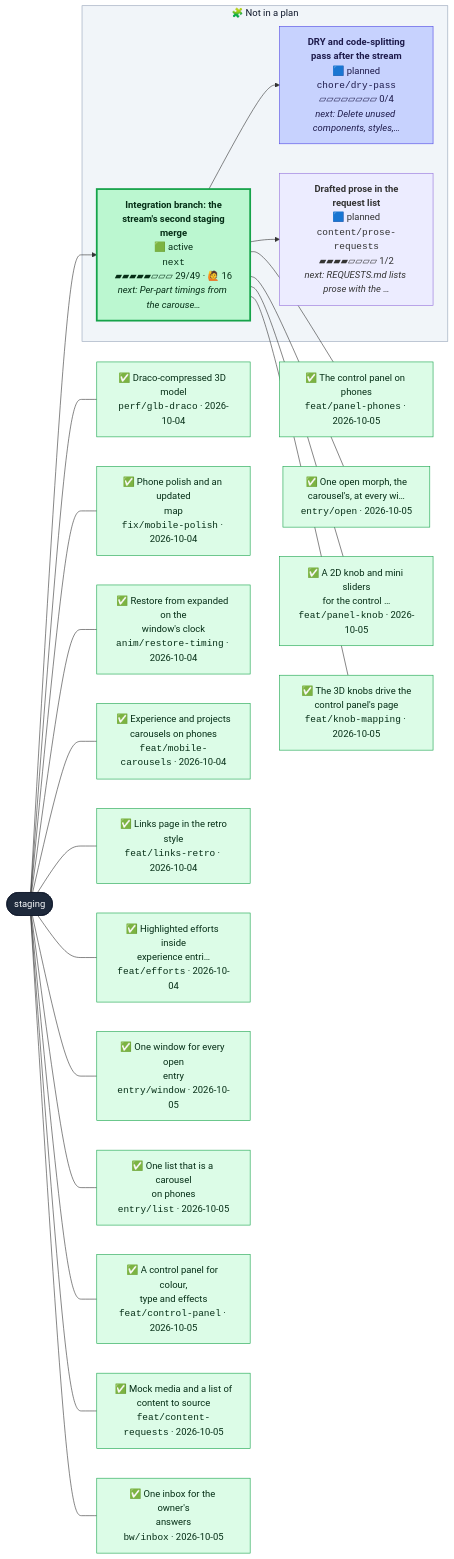
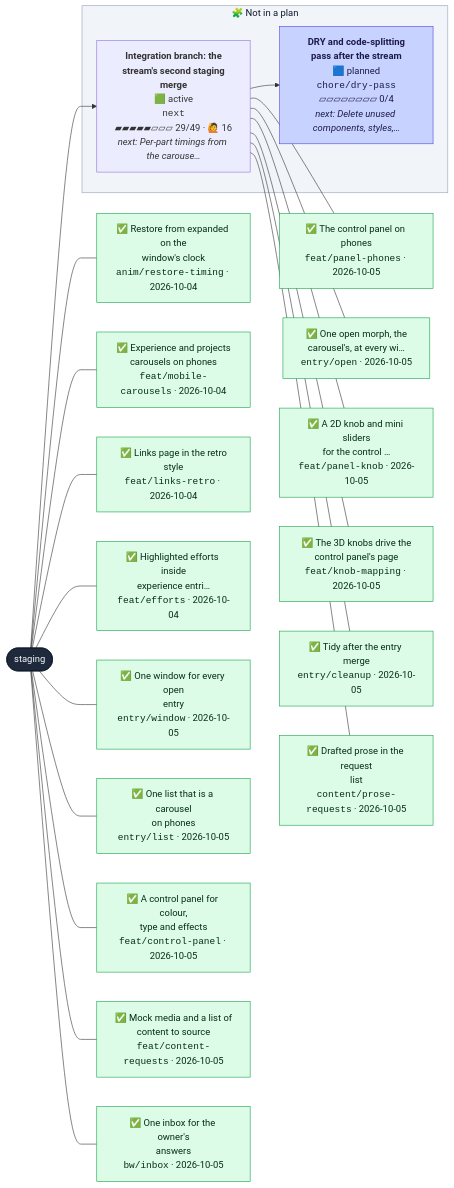
One commit to henryjonescodes/portfolio changed the second of 2 diagrams in CONTRIBUTING.md. Above: the diagram before and after it, drawn with Mermaid. The commit also changed other lines of this file and 2 other files, not shown here.

````diff
--- a/CONTRIBUTING.md
+++ b/CONTRIBUTING.md
@@ -57,71 +54,68 @@
 ```mermaid
 flowchart LR
   n_staging([staging])
   class n_staging trunk
   subgraph loose["🧩 Not in a plan"]
     n_chore_dry_pass["<b>DRY and code-splitting<br/>pass after the stream</b><br/>🟦 planned<br/><code>chore/dry-pass</code><br/>▱▱▱▱▱▱▱▱ 0/4<br/><i>next: Delete unused components, styles,…</i>"]
     class n_chore_dry_pass planned
-    n_content_prose_requests["<b>Drafted prose in the<br/>request list</b><br/>🟦 planned<br/><code>content/prose-requests</code><br/>▰▰▰▰▱▱▱▱ 1/2<br/><i>next: REQUESTS.md lists prose with the …</i>"]
-    class n_content_prose_requests planned,current
     n_next["<b>Integration branch: the<br/>stream's second staging<br/>merge</b><br/>🟩 active<br/><code>next</code><br/>▰▰▰▰▰▱▱▱ 29/49 · 🙋 16<br/><i>next: Per-part timings from the carouse…</i>"]
-    class n_next active
+    class n_next active,current
   end
   style loose fill:#f1f5f9,stroke:#94a3b8,color:#0f172a
   n_next --> n_chore_dry_pass
-  n_next --> n_content_prose_requests
   n_staging --> n_next
-  landed_0["✅ Draco-compressed 3D model<br/><code>perf/glb-draco</code> · 2026-10-04"]
+  landed_0["✅ Restore from expanded on the<br/>window's clock<br/><code>anim/restore-timing</code> · 2026-10-04"]
   class landed_0 merged
   n_staging --- landed_0
-  landed_1["✅ Phone polish and an updated<br/>map<br/><code>fix/mobile-polish</code> · 2026-10-04"]
+  landed_1["✅ Experience and projects<br/>carousels on phones<br/><code>feat/mobile-carousels</code> · 2026-10-04"]
   class landed_1 merged
   n_staging --- landed_1
-  landed_2["✅ Restore from expanded on the<br/>window's clock<br/><code>anim/restore-timing</code> · 2026-10-04"]
+  landed_2["✅ Links page in the retro<br/>style<br/><code>feat/links-retro</code> · 2026-10-04"]
   class landed_2 merged
   n_staging --- landed_2
-  landed_3["✅ Experience and projects<br/>carousels on phones<br/><code>feat/mobile-carousels</code> · 2026-10-04"]
+  landed_3["✅ Highlighted efforts inside<br/>experience entri…<br/><code>feat/efforts</code> · 2026-10-04"]
   class landed_3 merged
   n_staging --- landed_3
-  landed_4["✅ Links page in the retro<br/>style<br/><code>feat/links-retro</code> · 2026-10-04"]
+  landed_4["✅ One window for every open<br/>entry<br/><code>entry/window</code> · 2026-10-05"]
   class landed_4 merged
   n_staging --- landed_4
-  landed_5["✅ Highlighted efforts inside<br/>experience entri…<br/><code>feat/efforts</code> · 2026-10-04"]
+  landed_5["✅ One list that is a carousel<br/>on phones<br/><code>entry/list</code> · 2026-10-05"]
   class landed_5 merged
   n_staging --- landed_5
-  landed_6["✅ One window for every open<br/>entry<br/><code>entry/window</code> · 2026-10-05"]
+  landed_6["✅ A control panel for colour,<br/>type and effects<br/><code>feat/control-panel</code> · 2026-10-05"]
   class landed_6 merged
   n_staging --- landed_6
-  landed_7["✅ One list that is a carousel<br/>on phones<br/><code>entry/list</code> · 2026-10-05"]
+  landed_7["✅ Mock media and a list of<br/>content to source<br/><code>feat/content-requests</code> · 2026-10-05"]
   class landed_7 merged
   n_staging --- landed_7
-  landed_8["✅ A control panel for colour,<br/>type and effects<br/><code>feat/control-panel</code> · 2026-10-05"]
+  landed_8["✅ One inbox for the owner's<br/>answers<br/><code>bw/inbox</code> · 2026-10-05"]
   class landed_8 merged
   n_staging --- landed_8
-  landed_9["✅ Mock media and a list of<br/>content to source<br/><code>feat/content-requests</code> · 2026-10-05"]
+  landed_9["✅ The control panel on phones<br/><code>feat/panel-phones</code> · 2026-10-05"]
   class landed_9 merged
-  n_staging --- landed_9
-  landed_10["✅ One inbox for the owner's<br/>answers<br/><code>bw/inbox</code> · 2026-10-05"]
+  n_next --- landed_9
+  landed_10["✅ One open morph, the<br/>carousel's, at every wi…<br/><code>entry/open</code> · 2026-10-05"]
   class landed_10 merged
-  n_staging --- landed_10
-  landed_11["✅ The control panel on phones<br/><code>feat/panel-phones</code> · 2026-10-05"]
+  n_next --- landed_10
+  landed_11["✅ A 2D knob and mini sliders<br/>for the control …<br/><code>feat/panel-knob</code> · 2026-10-05"]
   class landed_11 merged
   n_next --- landed_11
-  landed_12["✅ One open morph, the<br/>carousel's, at every wi…<br/><code>entry/open</code> · 2026-10-05"]
+  landed_12["✅ The 3D knobs drive the<br/>control panel's page<br/><code>feat/knob-mapping</code> · 2026-10-05"]
   class landed_12 merged
   n_next --- landed_12
-  landed_13["✅ A 2D knob and mini sliders<br/>for the control …<br/><code>feat/panel-knob</code> · 2026-10-05"]
+  landed_13["✅ Tidy after the entry merge<br/><code>entry/cleanup</code> · 2026-10-05"]
   class landed_13 merged
   n_next --- landed_13
-  landed_14["✅ The 3D knobs drive the<br/>control panel's page<br/><code>feat/knob-mapping</code> · 2026-10-05"]
+  landed_14["✅ Drafted prose in the request<br/>list<br/><code>content/prose-requests</code> · 2026-10-05"]
   class landed_14 merged
   n_next --- landed_14
   classDef merged fill:#dcfce7,stroke:#16a34a,color:#052e16
   classDef todo fill:#ffffff,stroke:#94a3b8,stroke-dasharray:2 2,color:#334155
   classDef planned fill:#c7d2fe,stroke:#4f46e5,color:#1e1b4b
   classDef sketched fill:#f8fafc,stroke:#64748b,stroke-dasharray:4 3,color:#334155
   classDef active fill:#bbf7d0,stroke:#16a34a,stroke-width:3px,color:#052e16
   classDef review fill:#fde68a,stroke:#d97706,stroke-width:3px,color:#451a03
   classDef blocked fill:#fecaca,stroke:#dc2626,stroke-width:3px,color:#450a0a
   classDef trunk fill:#1e293b,stroke:#0f172a,color:#f8fafc
   classDef current stroke:#0ea5e9,stroke-width:5px
 ```
````
